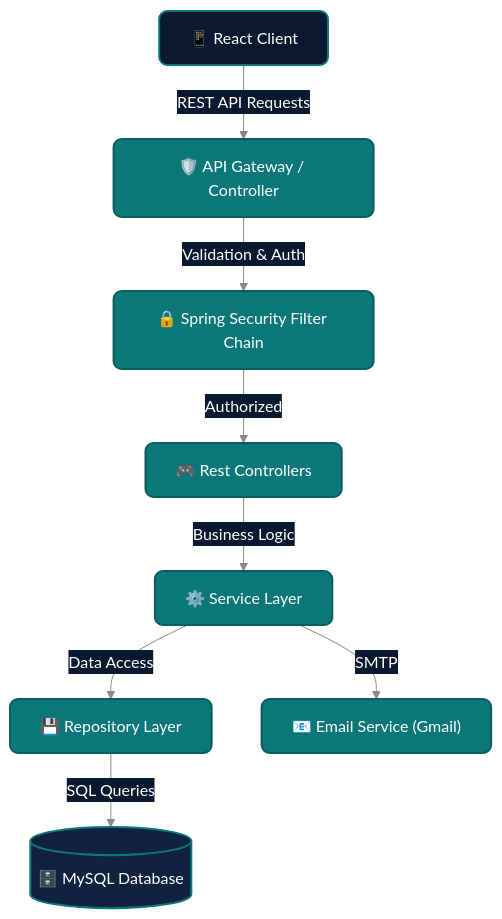
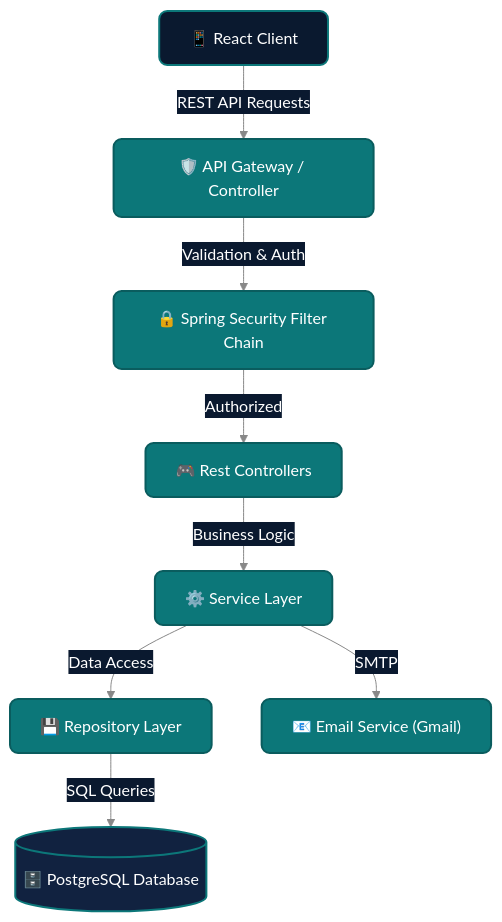
The first of 5 diagrams in README.md (himanshugupta91/Full-Stack-Authentication-System), drawn with Mermaid before and after one commit. The commit also changed other lines of this file, not shown here.

````diff
--- a/README.md
+++ b/README.md
@@ -85,17 +68,17 @@
 ```mermaid
 %%{init: {'theme': 'base', 'themeVariables': {'primaryColor': '#0C7779', 'primaryTextColor': '#ffffff', 'primaryBorderColor': '#0A5C5E', 'lineColor': '#888888', 'secondaryColor': '#0A192F', 'tertiaryColor': '#112240', 'fontFamily': 'Inter, sans-serif'}}}%%
 graph TD
     Client["📱 React Client"] -->|"REST API Requests"| Gateway["🛡️ API Gateway / Controller"]
     Gateway -->|"Validation & Auth"| Security["🔒 Spring Security Filter Chain"]
     Security -->|"Authorized"| Controller["🎮 Rest Controllers"]
     Controller -->|"Business Logic"| Service["⚙️ Service Layer"]
     Service -->|"Data Access"| Repository["💾 Repository Layer"]
-    Repository -->|"SQL Queries"| Database[("🗄️ MySQL Database")]
+    Repository -->|"SQL Queries"| Database[("🗄️ PostgreSQL Database")]
     Service -->|"SMTP"| Email["📧 Email Service (Gmail)"]
     
     classDef default fill:#0C7779,stroke:#0A5C5E,stroke-width:2px,color:#fff,rx:8px,ry:8px;
     classDef client fill:#0A192F,stroke:#0C7779,stroke-width:2px,color:#fff;
     classDef db fill:#112240,stroke:#0C7779,stroke-width:2px,color:#fff;
     class Client client;
     class Database db;
 ```
````
